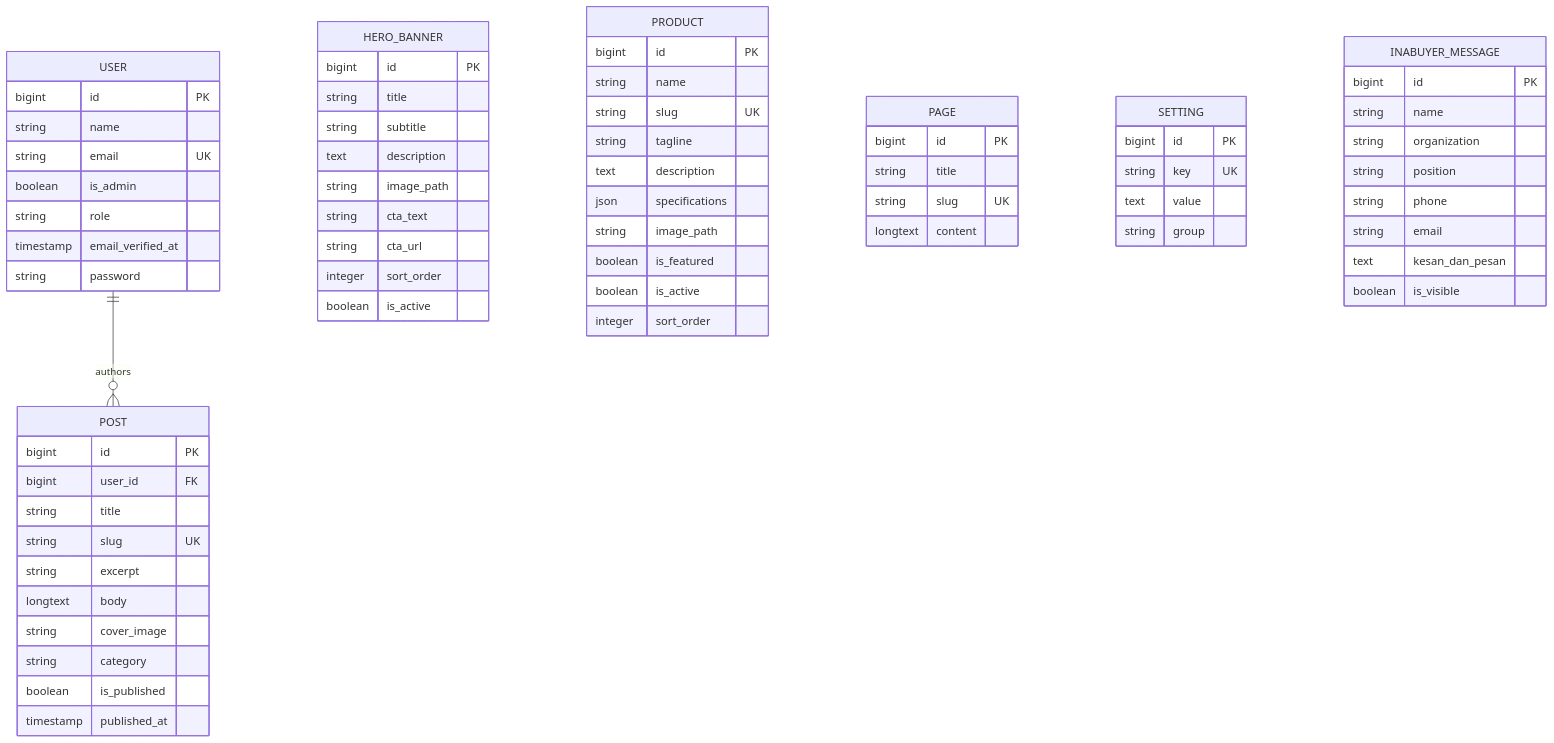
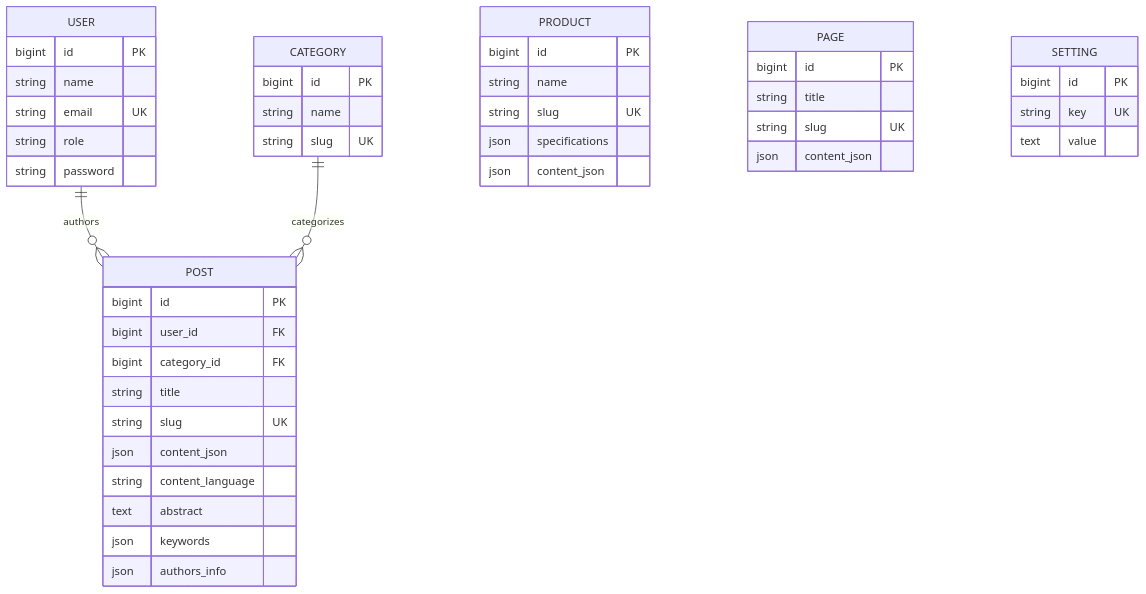
The fifth of 6 diagrams in docs/PRD.md (Madeena-software/madeena-company-profile), drawn with Mermaid before and after one commit. The commit also changed other lines of this file, not shown here.

Commit message:
docs: update PRD to reflect transition to drag-and-drop page builder and academic content system

````diff
--- a/docs/PRD.md
+++ b/docs/PRD.md
@@ -542,70 +365,47 @@
 ```mermaid
 erDiagram
     USER ||--o{ POST : authors
     USER {
         bigint id PK
         string name
         string email UK
-        boolean is_admin
         string role
-        timestamp email_verified_at
         string password
+    }
+    CATEGORY ||--o{ POST : categorizes
+    CATEGORY {
+        bigint id PK
+        string name
+        string slug UK
     }
     POST {
         bigint id PK
         bigint user_id FK
+        bigint category_id FK
         string title
         string slug UK
-        string excerpt
-        longtext body
-        string cover_image
-        string category
-        boolean is_published
-        timestamp published_at
-    }
-    HERO_BANNER {
-        bigint id PK
-        string title
-        string subtitle
-        text description
-        string image_path
-        string cta_text
-        string cta_url
-        integer sort_order
-        boolean is_active
+        json content_json
+        string content_language
+        text abstract
+        json keywords
+        json authors_info
     }
     PRODUCT {
         bigint id PK
         string name
         string slug UK
-        string tagline
-        text description
         json specifications
-        string image_path
-        boolean is_featured
-        boolean is_active
-        integer sort_order
+        json content_json
     }
     PAGE {
         bigint id PK
         string title
         string slug UK
-        longtext content
+        json content_json
     }
     SETTING {
         bigint id PK
         string key UK
         text value
-        string group
-    }
-    INABUYER_MESSAGE {
-        bigint id PK
-        string name
-        string organization
-        string position
-        string phone
-        string email
-        text kesan_dan_pesan
-        boolean is_visible
     }
 ```
````
